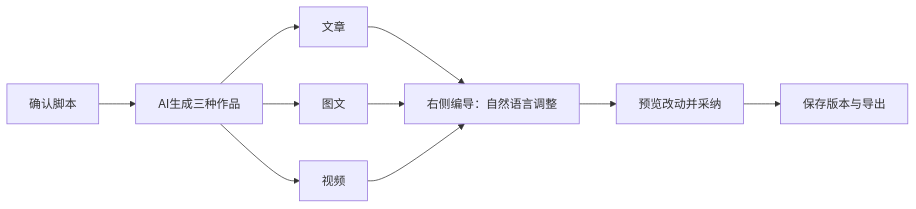
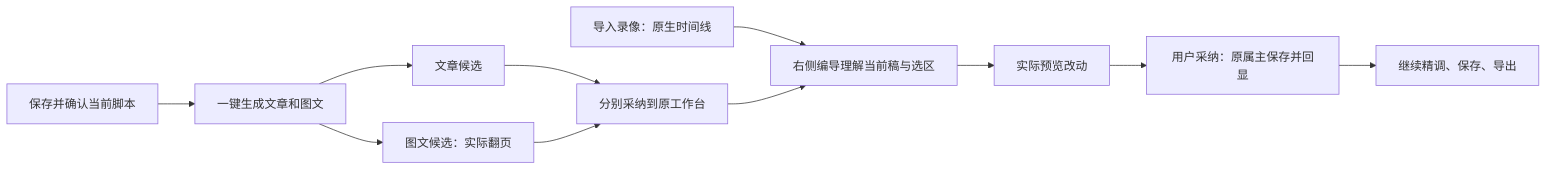
Before and after one commit to zzyong24/Thirdspace-creator: the diagram in docs/features/t1070-director-script-workflow.md, drawn with Mermaid. The commit also changed other lines of this file and 10 other files, not shown here.

Commit message:
docs: 冻结文章图文联合创作与原生编导合同

````diff
--- a/docs/features/t1070-director-script-workflow.md
+++ b/docs/features/t1070-director-script-workflow.md
@@ -17,12 +17,13 @@
 ```mermaid
 flowchart LR
-  S[确认脚本] --> G[AI生成三种作品]
-  G --> A[文章]
-  G --> P[图文]
-  G --> V[视频]
-  A --> D[右侧编导：自然语言调整]
-  P --> D
-  V --> D
-  D --> R[预览改动并采纳]
-  R --> E[保存版本与导出]
+ S[保存并确认当前脚本] --> G[一键生成文章和图文]
+ G --> A[文章候选]
+ G --> P[图文候选：实际翻页]
+ A --> U[分别采纳到原工作台]
+ P --> U
+ V[导入录像：原生时间线] --> D[右侧编导理解当前稿与选区]
+ U --> D
+ D --> R[实际预览改动]
+ R --> C[用户采纳：原属主保存并回显]
+ C --> E[继续精调、保存、导出]
 ```
````
